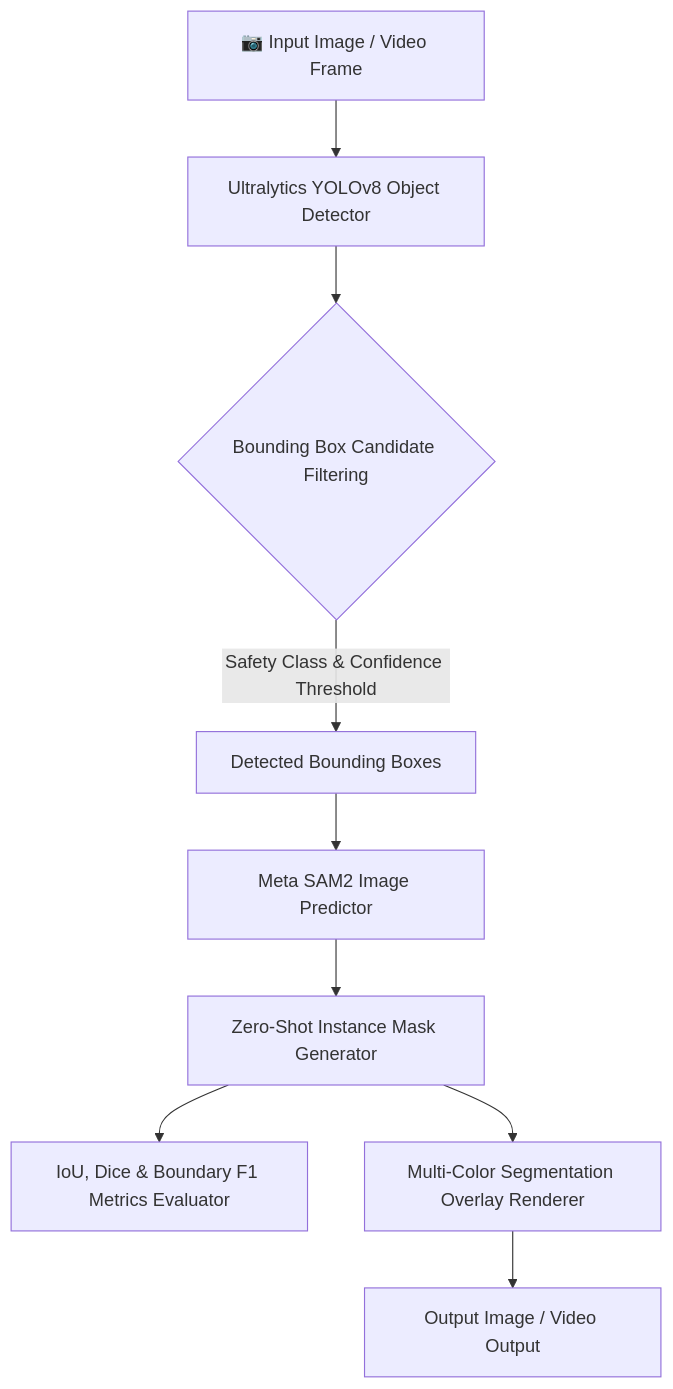
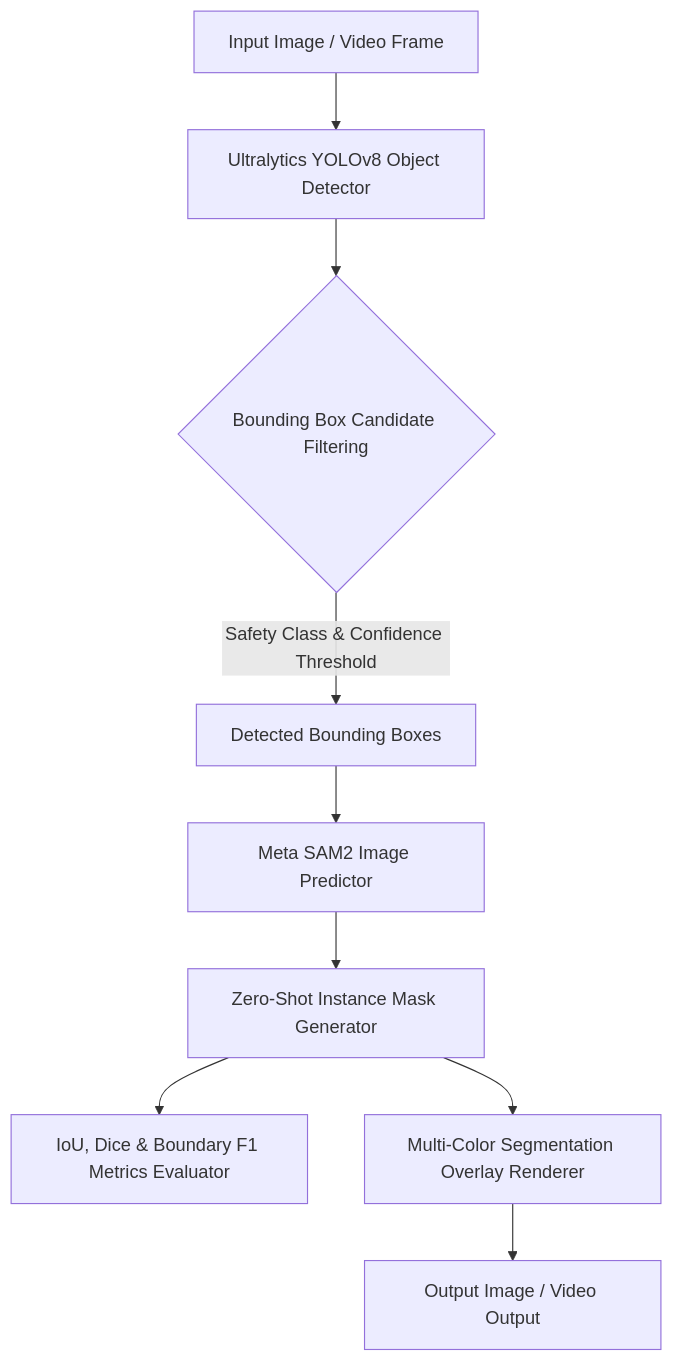
One commit to shivangisrivastava013/SAM2-Image-Segmentation changed the diagram in README.md. Above: the diagram before and after it, drawn with Mermaid. The commit also changed other lines of this file, not shown here.

````diff
--- a/README.md
+++ b/README.md
@@ -15,11 +23,11 @@
 ```mermaid
 flowchart TD
-    A["📷 Input Image / Video Frame"] --> B["Ultralytics YOLOv8 Object Detector"]
+    A["Input Image / Video Frame"] --> B["Ultralytics YOLOv8 Object Detector"]
     B --> C{"Bounding Box Candidate Filtering"}
     C -->|"Safety Class & Confidence Threshold"| D["Detected Bounding Boxes"]
     D --> E["Meta SAM2 Image Predictor"]
     E --> F["Zero-Shot Instance Mask Generator"]
     F --> G["IoU, Dice & Boundary F1 Metrics Evaluator"]
     F --> H["Multi-Color Segmentation Overlay Renderer"]
     H --> I["Output Image / Video Output"]
 ```
````
